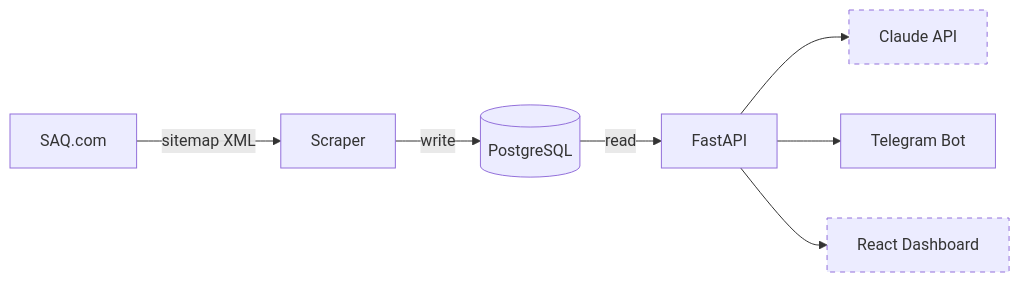
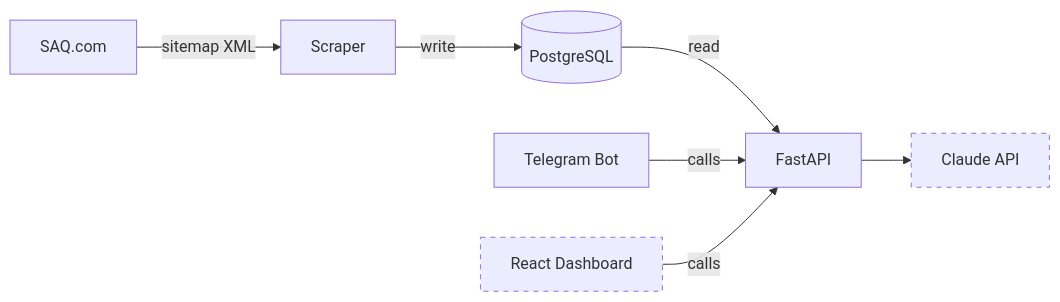
Before and after one commit to vpatrin/saq-sommelier: the diagram in README.md, drawn with Mermaid. The commit also changed other lines of this file and 1 other file, not shown here.

````diff
--- a/README.md
+++ b/README.md
@@ -16,20 +21,20 @@
 ```mermaid
 graph LR
     SAQ[SAQ.com]
     Scraper[Scraper]
     DB[(PostgreSQL)]
     API[FastAPI]
     Claude[Claude API]
     Bot[Telegram Bot]
     Web[React Dashboard]
 
     SAQ -- sitemap XML --> Scraper
     Scraper -- write --> DB
     DB -- read --> API
     API --> Claude
-    API --> Bot
-    API --> Web
+    Bot -- calls --> API
+    Web -- calls --> API
 
     style Web stroke-dasharray: 5 5
     style Claude stroke-dasharray: 5 5
 ```
````
